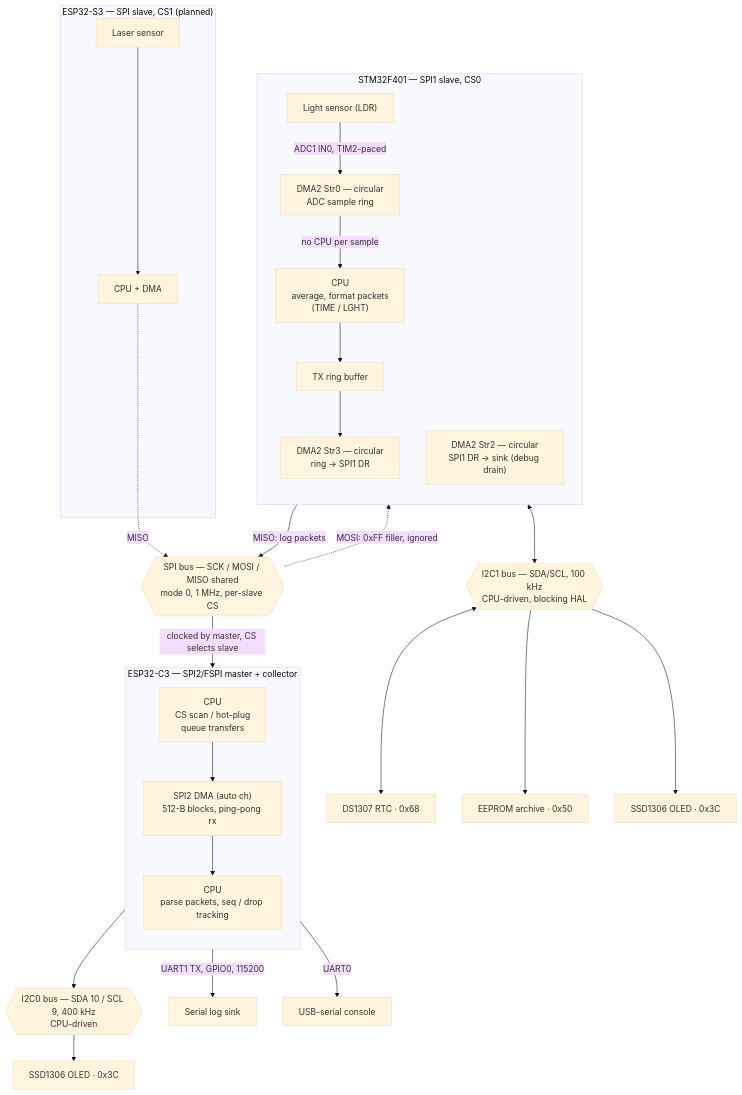
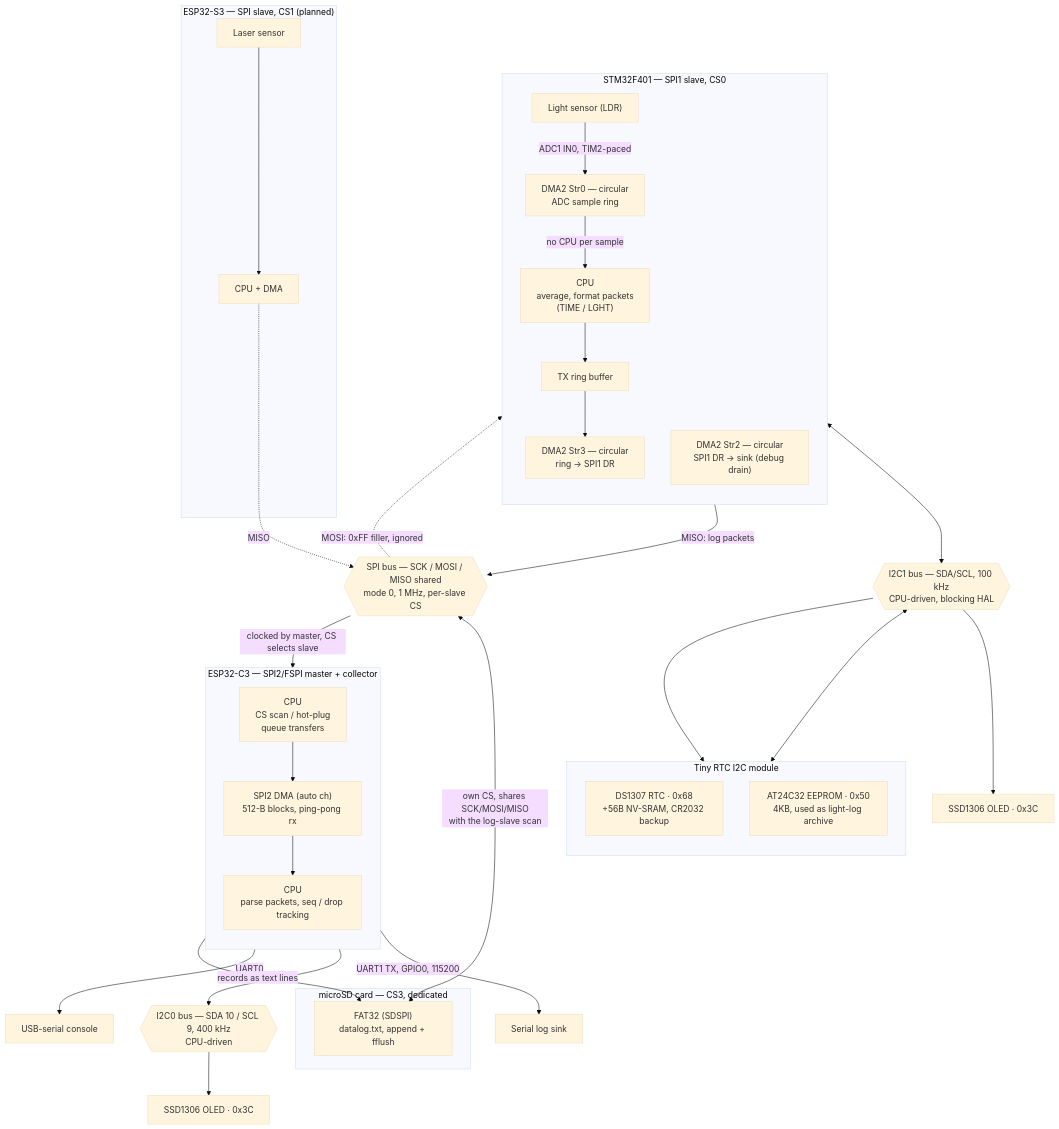
The diagram in workshop-4-miniproject/README.md (melnikvitaly/workshops), drawn with Mermaid (base theme) before and after one commit. The commit also changed other lines of this file and 8 other files, not shown here.

````diff
--- a/workshop-4-miniproject/README.md
+++ b/workshop-4-miniproject/README.md
@@ -14,49 +16,58 @@
 ```mermaid
 flowchart TB
     subgraph STM["STM32F401 — SPI1 slave, CS0"]
         direction TB
         LDR["Light sensor (LDR)"]
         ADCDMA["DMA2 Str0 — circular<br/>ADC sample ring"]
         SCPU["CPU<br/>average, format packets<br/>(TIME / LGHT)"]
         RING["TX ring buffer"]
         TXDMA["DMA2 Str3 — circular<br/>ring → SPI1 DR"]
         RXDMA["DMA2 Str2 — circular<br/>SPI1 DR → sink (debug drain)"]
 
         LDR -->|"ADC1 IN0, TIM2-paced"| ADCDMA
         ADCDMA -->|no CPU per sample| SCPU
         SCPU --> RING --> TXDMA
     end
 
     I2C1{{"I2C1 bus — SDA/SCL, 100 kHz<br/>CPU-driven, blocking HAL"}}
-    RTC["DS1307 RTC · 0x68"]
-    EEP["EEPROM archive · 0x50"]
+    subgraph TINYRTC["Tiny RTC I2C module"]
+        direction TB
+        RTC["DS1307 RTC · 0x68<br/>+56B NV-SRAM, CR2032 backup"]
+        EEP["AT24C32 EEPROM · 0x50<br/>4KB, used as light-log archive"]
+    end
     OLED["SSD1306 OLED · 0x3C"]
 
     SCPU <--> I2C1
     I2C1 <--> RTC
     I2C1 --> EEP
     I2C1 --> OLED
 
     SPIBUS{{"SPI bus — SCK / MOSI / MISO shared<br/>mode 0, 1 MHz, per-slave CS"}}
     TXDMA -->|"MISO: log packets"| SPIBUS
     SPIBUS -.->|"MOSI: 0xFF filler, ignored"| RXDMA
 
     subgraph S3["ESP32-S3 — SPI slave, CS1 (planned)"]
         LASER["Laser sensor"] --> S3CPU["CPU + DMA"]
     end
     S3CPU -.->|MISO| SPIBUS
 
     subgraph C3["ESP32-C3 — SPI2/FSPI master + collector"]
         direction TB
         MCS["CPU<br/>CS scan / hot-plug<br/>queue transfers"]
         MDMA["SPI2 DMA (auto ch)<br/>512-B blocks, ping-pong rx"]
         MCPU["CPU<br/>parse packets, seq / drop tracking"]
         MCS --> MDMA --> MCPU
     end
     SPIBUS -->|"clocked by master, CS selects slave"| MDMA
 
     I2C0{{"I2C0 bus — SDA 10 / SCL 9, 400 kHz<br/>CPU-driven"}}
     MCPU -->|"UART1 TX, GPIO0, 115200"| UARTLOG["Serial log sink"]
     MCPU --> I2C0 --> MOLED["SSD1306 OLED · 0x3C"]
     MCPU -->|"UART0"| CONSOLE["USB-serial console"]
+
+    subgraph SDC["microSD card — CS3, dedicated"]
+        SDCARD["FAT32 (SDSPI)<br/>datalog.txt, append + fflush"]
+    end
+    SPIBUS <-->|"own CS, shares SCK/MOSI/MISO<br/>with the log-slave scan"| SDCARD
+    MCPU -->|"records as text lines"| SDCARD
 ```
````
